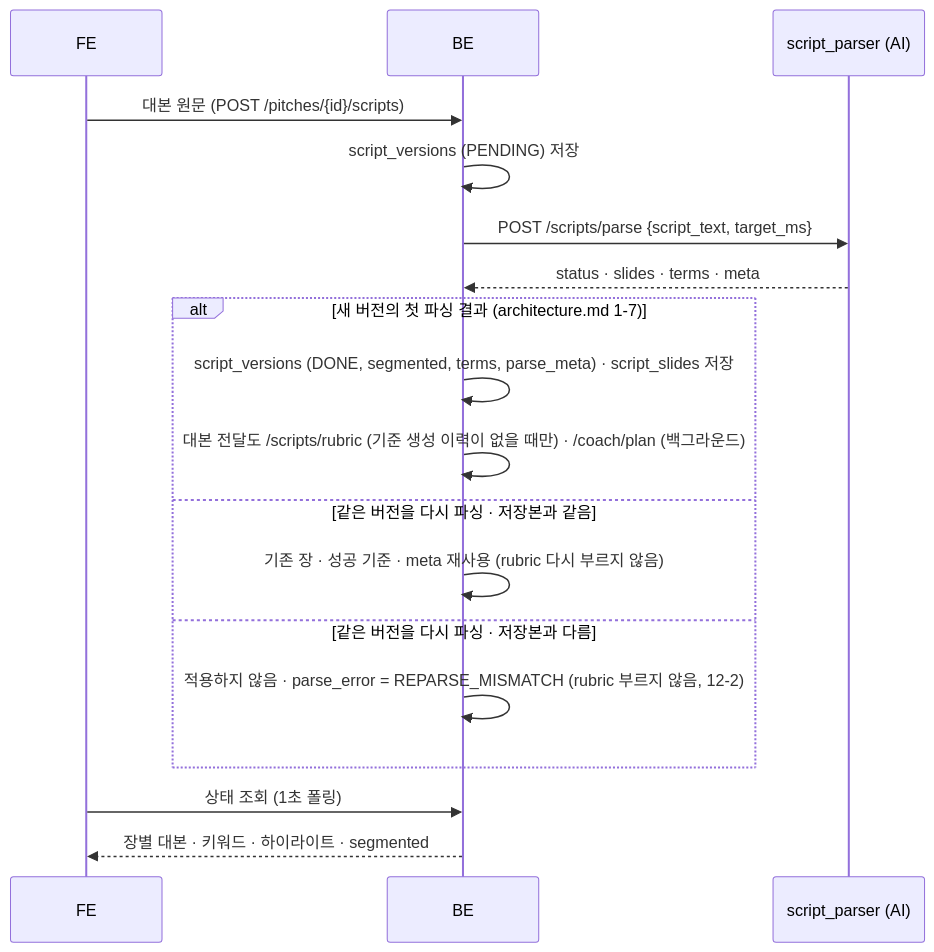
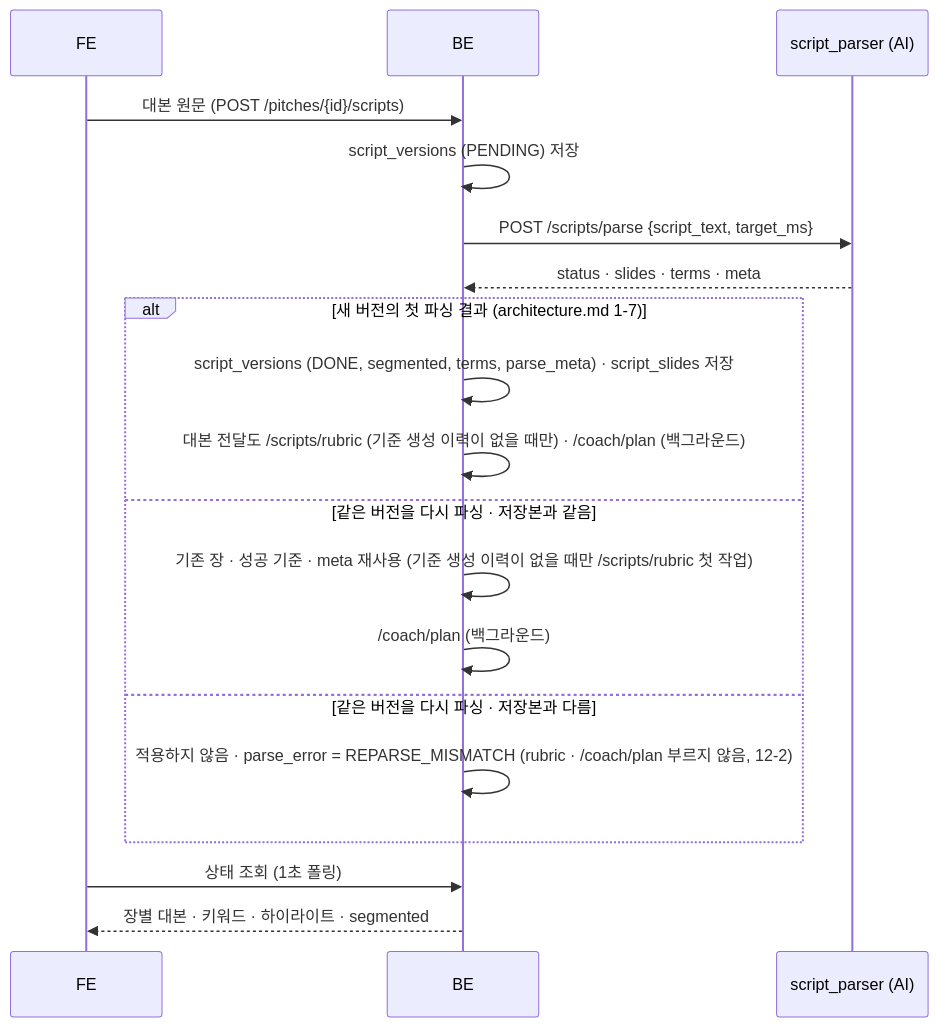
One commit to kakaotechcampus-4/ktc4-pusan-2 changed the second of 2 diagrams in docs/ai/features/script-parser.md. Above: the diagram before and after it, drawn with Mermaid. The commit also changed other lines of this file, not shown here.

Commit message:
docs(ai): script-parser 3 · 12절 다시 파싱 흐름을 BE에 맞춤 — 저장본과 같으면 기준 생성 이력이 없을 때만 rubric 첫 작업 · /coach/plan 호출 (#589)

````diff
--- a/docs/ai/features/script-parser.md
+++ b/docs/ai/features/script-parser.md
@@ -250,20 +250,21 @@
 ```mermaid
 sequenceDiagram
     participant FE
     participant BE
     participant P as script_parser (AI)
     FE->>BE: 대본 원문 (POST /pitches/{id}/scripts)
     BE->>BE: script_versions (PENDING) 저장
     BE->>P: POST /scripts/parse {script_text, target_ms}
     P-->>BE: status · slides · terms · meta
     alt 새 버전의 첫 파싱 결과 (architecture.md 1-7)
         BE->>BE: script_versions (DONE, segmented, terms, parse_meta) · script_slides 저장
         BE->>BE: 대본 전달도 /scripts/rubric (기준 생성 이력이 없을 때만) · /coach/plan (백그라운드)
     else 같은 버전을 다시 파싱 · 저장본과 같음
-        BE->>BE: 기존 장 · 성공 기준 · meta 재사용 (rubric 다시 부르지 않음)
+        BE->>BE: 기존 장 · 성공 기준 · meta 재사용 (기준 생성 이력이 없을 때만 /scripts/rubric 첫 작업)
+        BE->>BE: /coach/plan (백그라운드)
     else 같은 버전을 다시 파싱 · 저장본과 다름
-        BE->>BE: 적용하지 않음 · parse_error = REPARSE_MISMATCH (rubric 부르지 않음, 12-2)
+        BE->>BE: 적용하지 않음 · parse_error = REPARSE_MISMATCH (rubric · /coach/plan 부르지 않음, 12-2)
     end
     FE->>BE: 상태 조회 (1초 폴링)
     BE-->>FE: 장별 대본 · 키워드 · 하이라이트 · segmented
 ```
````
